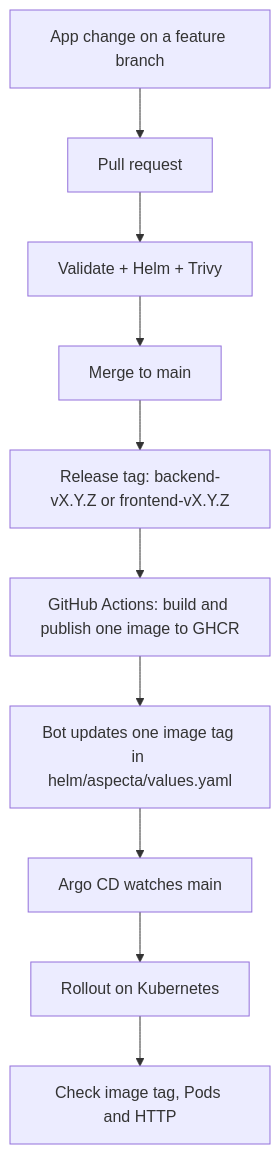
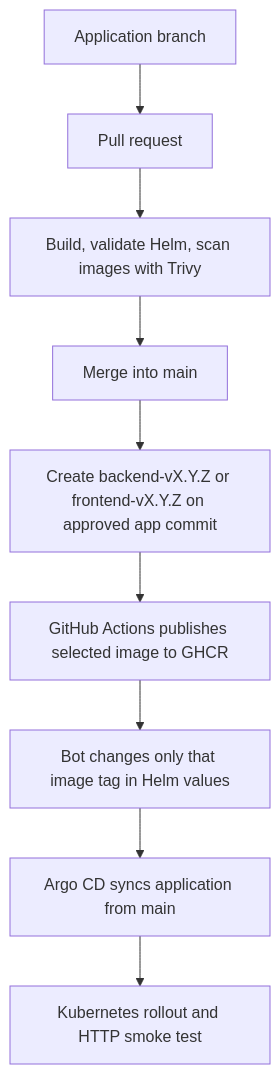
The diagram in docs/CI-CD-AND-DEVELOPMENT-FLOW.md (jansoltys9/aspecta-k8s-assignment), drawn with Mermaid before and after one commit. The commit also changed other lines of this file and 10 other files, not shown here.

````diff
--- a/docs/CI-CD-AND-DEVELOPMENT-FLOW.md
+++ b/docs/CI-CD-AND-DEVELOPMENT-FLOW.md
@@ -5,12 +3,11 @@
 ```mermaid
 flowchart TD
-  Dev[App change on a feature branch] --> PR[Pull request]
-  PR --> Checks[Validate + Helm + Trivy]
-  Checks --> Merge[Merge to main]
-  Merge --> Tag[Release tag: backend-vX.Y.Z or frontend-vX.Y.Z]
-  Tag --> Publish[GitHub Actions: build and publish one image to GHCR]
-  Publish --> Promote[Bot updates one image tag in helm/aspecta/values.yaml]
-  Promote --> Argo[Argo CD watches main]
-  Argo --> K8s[Rollout on Kubernetes]
-  K8s --> Test[Check image tag, Pods and HTTP]
+  Change[Application branch] --> PR[Pull request]
+  PR --> CI[Build, validate Helm, scan images with Trivy]
+  CI --> Merge[Merge into main]
+  Merge --> Tag[Create backend-vX.Y.Z or frontend-vX.Y.Z on approved app commit]
+  Tag --> GHCR[GitHub Actions publishes selected image to GHCR]
+  GHCR --> Promote[Bot changes only that image tag in Helm values]
+  Promote --> Argo[Argo CD syncs application from main]
+  Argo --> Pods[Kubernetes rollout and HTTP smoke test]
 ```
````
